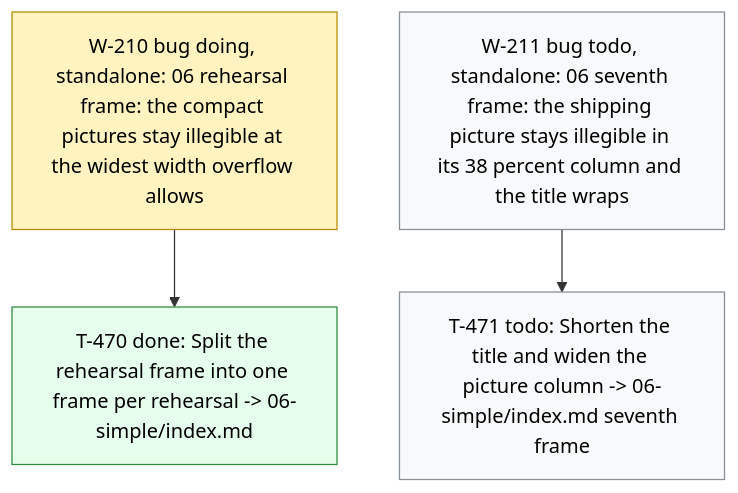
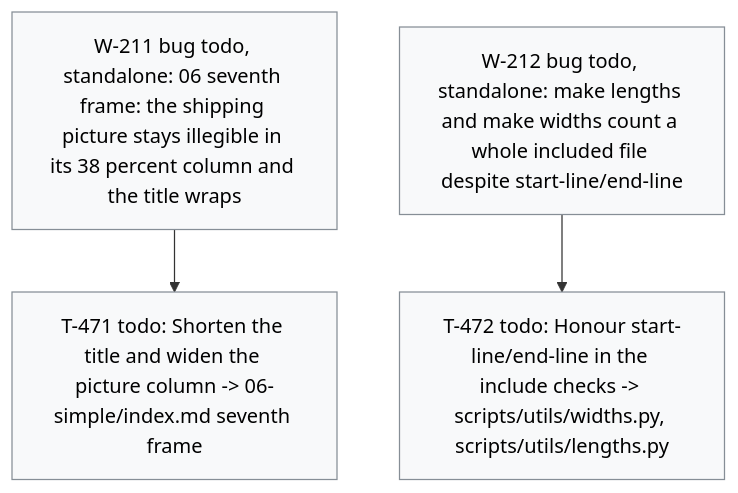
Before and after one commit to dpopchev/chaos-to-simple: the diagram in .board/BOARD.md, drawn with Mermaid. The commit also changed other lines of this file and 3 other files, not shown here.

````diff
--- a/.board/BOARD.md
+++ b/.board/BOARD.md
@@ -1239,15 +1245,13 @@
 ```mermaid
 flowchart TD
-  W210["W-210 bug doing, standalone: 06 rehearsal frame: the compact pictures stay illegible at the widest width overflow allows"]
-  W210 --> T470["T-470 done: Split the rehearsal frame into one frame per rehearsal -> 06-simple/index.md"]
   W211["W-211 bug todo, standalone: 06 seventh frame: the shipping picture stays illegible in its 38 percent column and the title wraps"]
   W211 --> T471["T-471 todo: Shorten the title and widen the picture column -> 06-simple/index.md seventh frame"]
+  W212["W-212 bug todo, standalone: make lengths and make widths count a whole included file despite start-line/end-line"]
+  W212 --> T472["T-472 todo: Honour start-line/end-line in the include checks -> scripts/utils/widths.py, scripts/utils/lengths.py"]
   classDef doing fill:#fff3bf,stroke:#b58900,color:#000;
   classDef blocked fill:#ffe3e3,stroke:#c92a2a,color:#000;
   classDef done fill:#e6ffed,stroke:#2b8a3e,color:#000;
   classDef todo fill:#f8f9fa,stroke:#868e96,color:#000;
   classDef pruned fill:#f1f3f5,stroke:#adb5bd,color:#000;
-  class W210 doing
-  class T470 done
-  class W211,T471 todo
+  class W211,T471,W212,T472 todo
 ```
````
